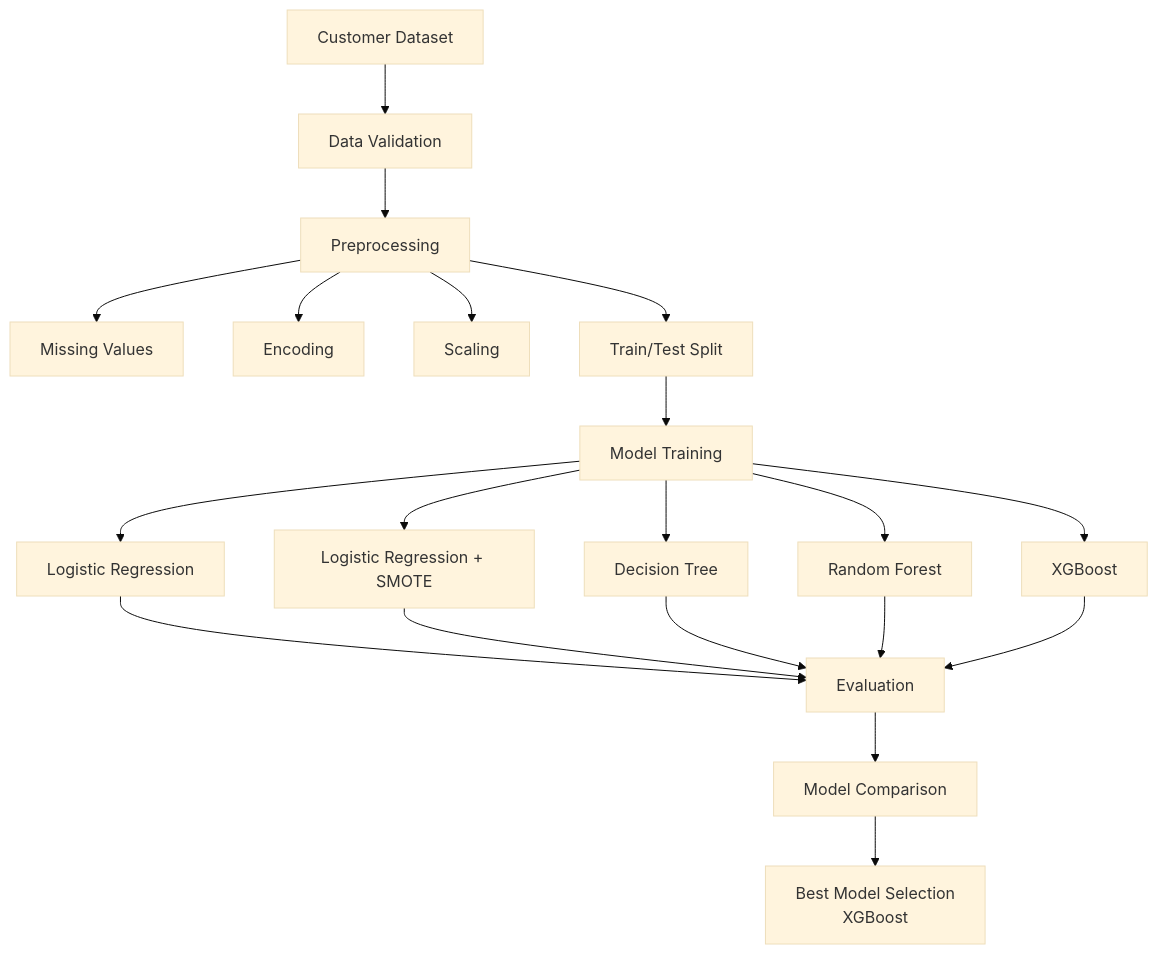
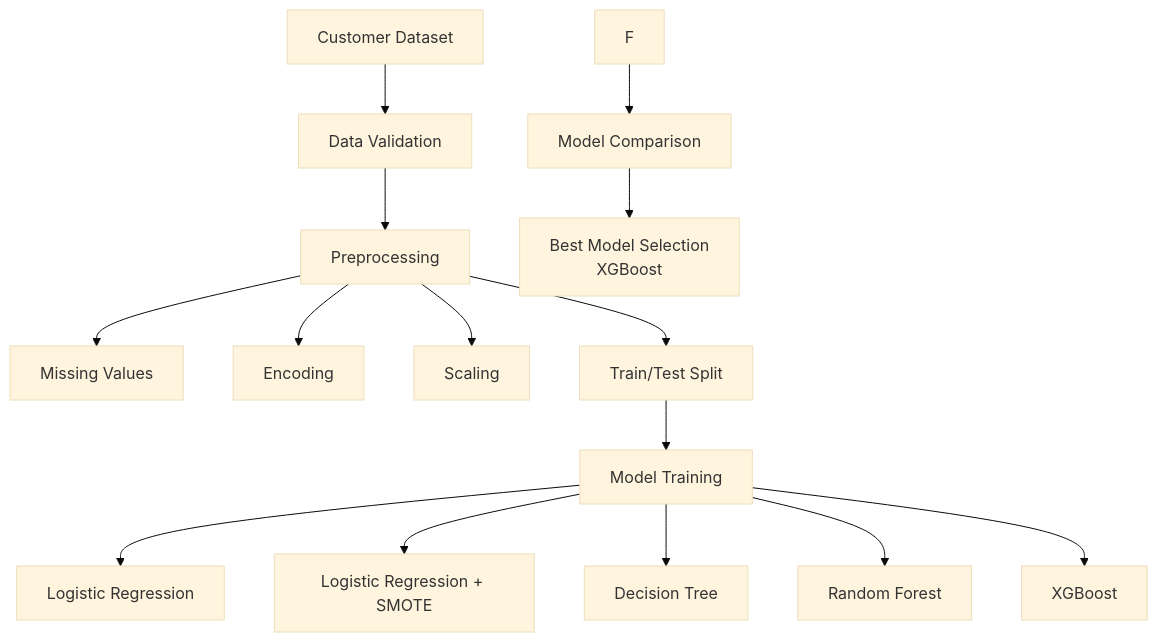
Before and after one commit to BatthulaVinay/End-to-End-Machine-Learning-Churn-Prediction: the diagram in README.md, drawn with Mermaid (base theme).

`````diff
--- a/README.md
+++ b/README.md
@@ -18,30 +18,26 @@
 ```mermaid
 flowchart TD
 
 A[Customer Dataset] --> B[Data Validation]
 
 B --> C[Preprocessing]
 C --> C1[Missing Values]
 C --> C2[Encoding]
 C --> C3[Scaling]
 
 C --> D[Train/Test Split]
 D --> E[Model Training]
 
 E --> E1[Logistic Regression]
 E --> E2[Logistic Regression + SMOTE]
 E --> E3[Decision Tree]
 E --> E4[Random Forest]
 E --> E5[XGBoost]
 
-E1 --> F[Evaluation]
-E2 --> F
-E3 --> F
-E4 --> F
-E5 --> F
+
 
 F --> G[Model Comparison]
 
 G --> H[Best Model Selection<br/>XGBoost]
 
 ````
`````
